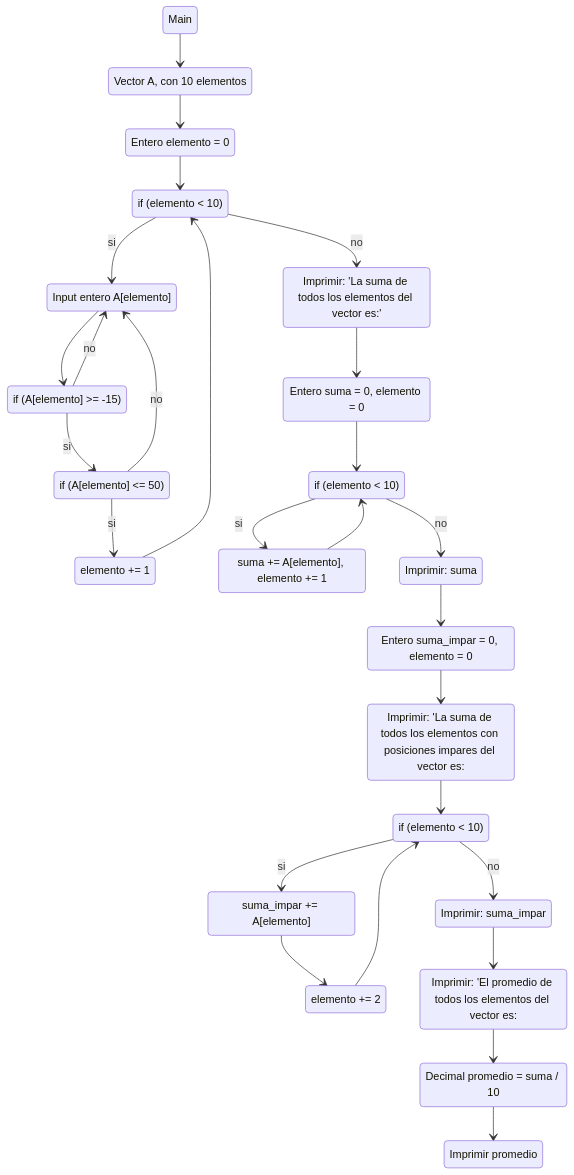
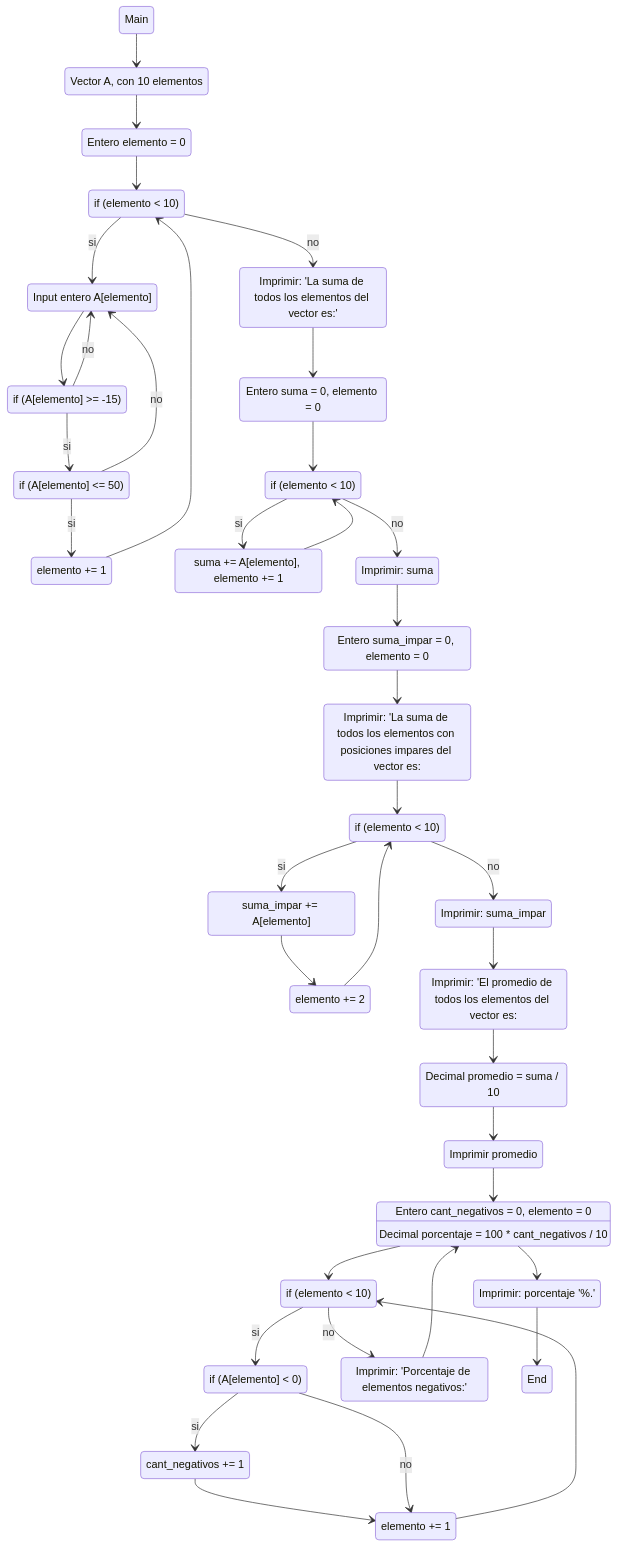
The diagram in Ejercicios TP8 bis/3.md (ValentinJM/TP-8), drawn with Mermaid before and after one commit.

Commit message:
Ejercicio 3

````diff
--- a/Ejercicios TP8 bis/3.md
+++ b/Ejercicios TP8 bis/3.md
@@ -9,63 +9,75 @@
 ```mermaid
 stateDiagram-v2
 state "Vector A, con 10 elementos" as DEC1
 state "Entero elemento = 0" as DEF1
 state "if (elemento < 10)" as COND1
 state "Input entero A[elemento]" as IN1
 state "if (A[elemento] >= -15)" as COND2
 state "if (A[elemento] <= 50)" as COND3
 state "elemento += 1" as RES1
 state "Imprimir: 'La suma de todos los elementos del vector es:'" as OUT1
 state "Entero suma = 0, elemento = 0" as RES2
 state "if (elemento < 10)" as COND4
 state "suma += A[elemento], elemento += 1" as RES3
 state "Imprimir: suma" as OUT2
 state "Imprimir: 'La suma de todos los elementos con posiciones impares del vector es:" as OUT3
 state "Entero suma_impar = 0, elemento = 0" as RES4
 state "if (elemento < 10)" as COND5
 state "suma_impar += A[elemento]" as RES5
 state "elemento += 2" as RES6
 state "Imprimir: suma_impar" as OUT4
 state "Imprimir: 'El promedio de todos los elementos del vector es:" as OUT5
 state "Decimal promedio = suma / 10" as DEF2
 state "Imprimir promedio" as OUT6
-
+state "Entero cant_negativos = 0, elemento = 0" as DEF3
+state "if (elemento < 10)" as COND6
+state "if (A[elemento] < 0)" as COND7
+state "cant_negativos += 1" as RES7
+state "elemento += 1" as RES8
+state "Imprimir: 'Porcentaje de elementos negativos:'" as OUT7
+state "Decimal porcentaje = 100 * cant_negativos / 10" as DEF3
+state "Imprimir: porcentaje '%.'" as OUT8
 
 
     Main --> DEC1
     DEC1 --> DEF1
     DEF1 --> COND1
     
     COND1 --> IN1 : si
     IN1 --> COND2
     COND2 --> COND3 : si
     COND2 --> IN1 : no
     COND3 --> IN1 : no
     COND3 --> RES1 : si
     RES1 --> COND1
     COND1 --> OUT1 : no
     
     OUT1 --> RES2
     RES2 --> COND4
     COND4 --> RES3 : si
     RES3 --> COND4
     COND4 --> OUT2 : no
     
     OUT2 --> RES4
     RES4 --> OUT3
     OUT3 --> COND5
     COND5 --> RES5 : si
     RES5 --> RES6
     RES6 --> COND5
     COND5 --> OUT4 : no
     
     OUT4 --> OUT5
     OUT5 --> DEF2
     DEF2 --> OUT6
-    
-    
-    
-    
-    
-    
+    OUT6 --> DEF3
+    DEF3 --> COND6
+    COND6 --> COND7 : si
+    COND6 --> OUT7 : no
+    COND7 --> RES7 : si
+    RES7 --> RES8
+    COND7 --> RES8 : no
+    RES8 --> COND6
+    OUT7 --> DEF3
+    DEF3 --> OUT8
+    OUT8 --> End
 ```
````
